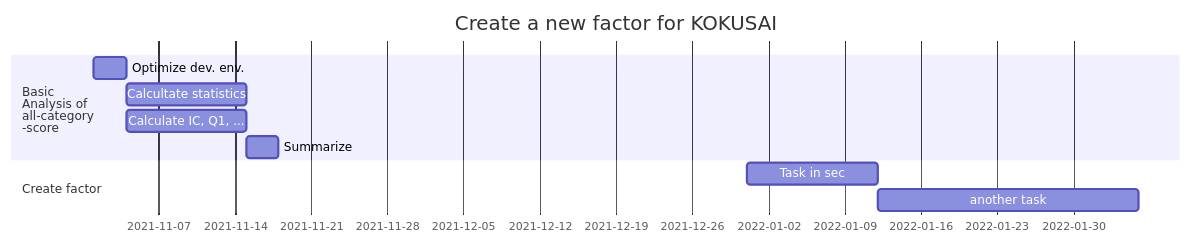
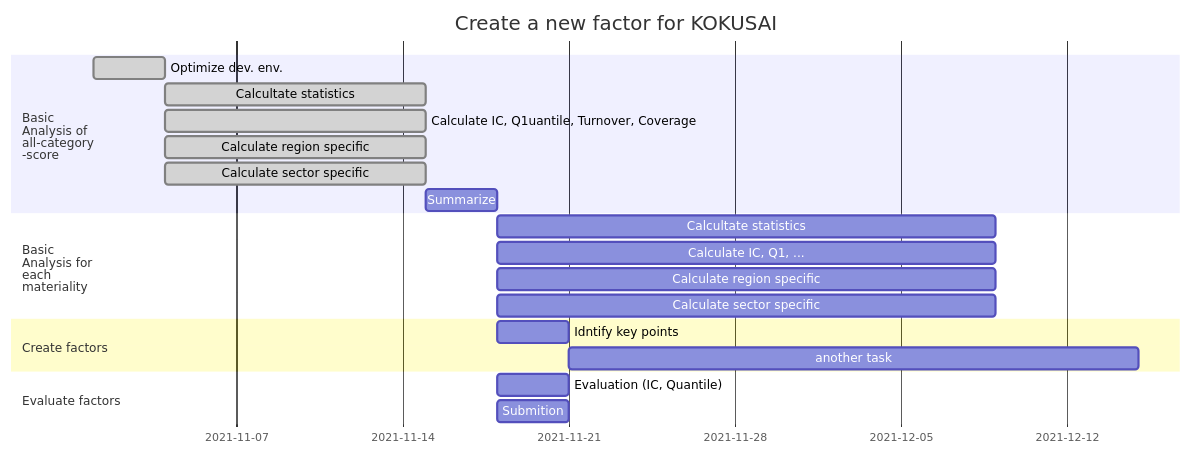
One commit to ymmtrsk628496/xxx changed the diagram in README.md. Above: the diagram before and after it, drawn with Mermaid. The commit also changed other lines of this file, not shown here.

````diff
--- a/README.md
+++ b/README.md
@@ -16,13 +34,26 @@
 ```mermaid
 gantt
     title Create a new factor for KOKUSAI
     dateFormat YYYY-MM-DD
     section Basic <br/> Analysis of <br/> all-category <br/> -score
-    Optimize dev. env.: a1, 2021-11-01, 3d
-    Calcultate statistics: after a1, 11d
-    Calculate IC, Q1, ...: a2, after a1, 11d
-    Summarize :after , after a2, 3d
-    section Create factor
-    Task in sec      :2021-12-31  , 12d
-    another task      : 24d
+    Optimize dev. env.:done,  a1, 2021-11-01, 3d
+    Calcultate statistics:done, a2, after a1, 11d
+    Calculate IC, Q1uantile, Turnover, Coverage:done, a3, after a1, 11d
+    Calculate region specific:done, a4, after a1, 11d
+    Calculate sector specific:done, a5, after a1, 11d
+    Summarize :a6, after a2, 3d
+
+    section Basic <br/> Analysis for  <br/> each <br/> materiality
+    Calcultate statistics: b1, after a6, 21d
+    Calculate IC, Q1, ...: b2, after a6, 21d
+    Calculate region specific: b3, after a6, 21d
+    Calculate sector specific: b4, after a6, 21d
+
+    section Create factors
+    Idntify key points: b1, after a6, 3d  
+    another task: 24d
+
+    section Evaluate factors
+    Evaluation (IC, Quantile): b1, after a6, 3d  
+    Submition: : b1, after a6, 3d  
 ```
````
